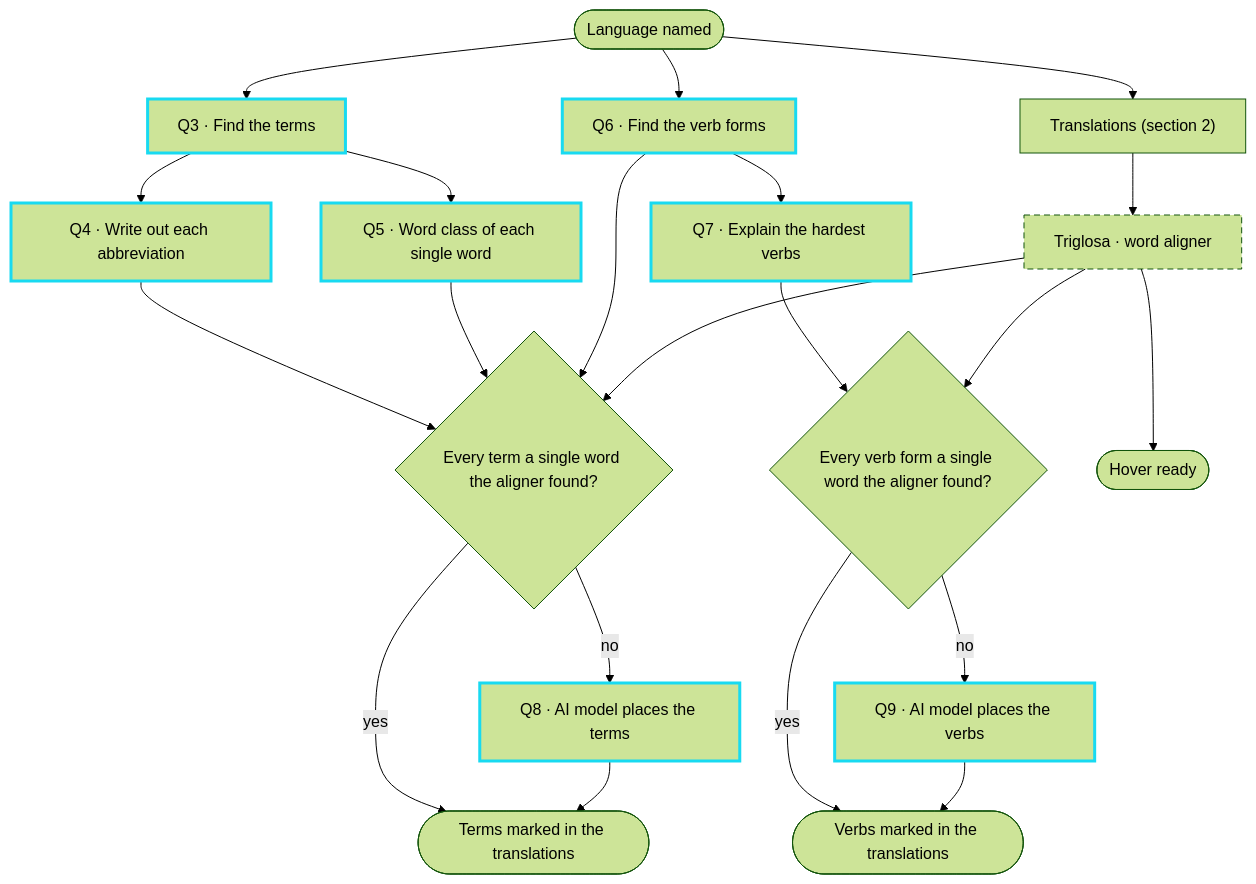
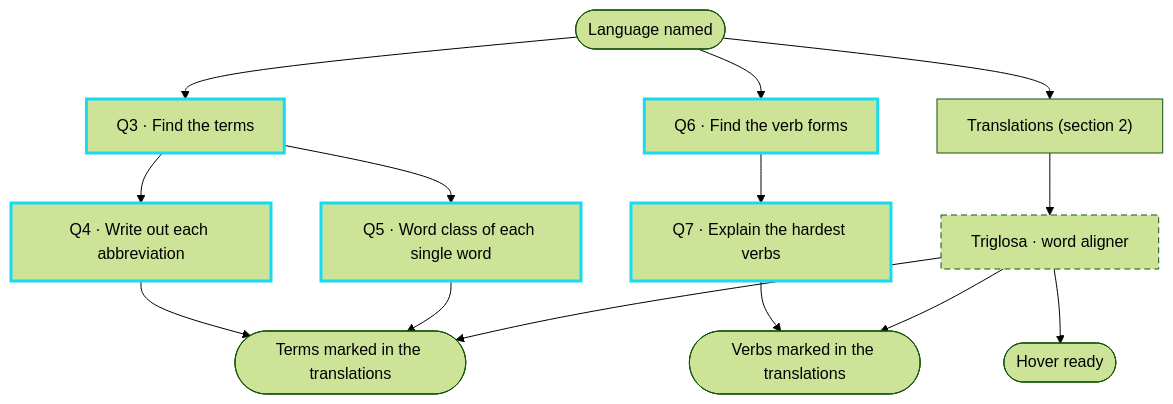
The fourth of 8 diagrams in docs/behind-a-translation.md (mdd335/triglosa), drawn with Mermaid (forest theme) before and after one commit. The commit also changed other lines of this file and 118 other files, not shown here.

````diff
--- a/docs/behind-a-translation.md
+++ b/docs/behind-a-translation.md
@@ -109,33 +123,25 @@
 ```mermaid
 flowchart TD
   START(["Language named"]) --> Q3["Q3 · Find the terms"]
   START --> Q6["Q6 · Find the verb forms"]
   START --> TR["Translations (section 2)"]
 
   Q3 --> Q4["Q4 · Write out each abbreviation"]
   Q3 --> Q5["Q5 · Word class of each single word"]
   Q6 --> Q7["Q7 · Explain the hardest verbs"]
 
   TR --> AL["Triglosa · word aligner"]
 
-  Q4 --> PT
-  Q5 --> PT
-  Q6 --> PT
-  AL --> PT{"Every term a single word the aligner found?"}
-  PT -->|yes| MT(["Terms marked in the translations"])
-  PT -->|no| Q8["Q8 · AI model places the terms"]
-  Q8 --> MT
-
-  Q7 --> PV
-  AL --> PV{"Every verb form a single word the aligner found?"}
-  PV -->|yes| MV(["Verbs marked in the translations"])
-  PV -->|no| Q9["Q9 · AI model places the verbs"]
-  Q9 --> MV
+  Q4 --> MT(["Terms marked in the translations"])
+  Q5 --> MT
+  AL --> MT
+  Q7 --> MV(["Verbs marked in the translations"])
+  AL --> MV
 
   AL --> HOV(["Hover ready"])
 
   classDef model stroke:#18daf1,stroke-width:3px
   classDef own stroke-dasharray:6 4
-  class Q3,Q4,Q5,Q6,Q7,Q8,Q9 model
+  class Q3,Q4,Q5,Q6,Q7 model
   class AL own
 ```
````
